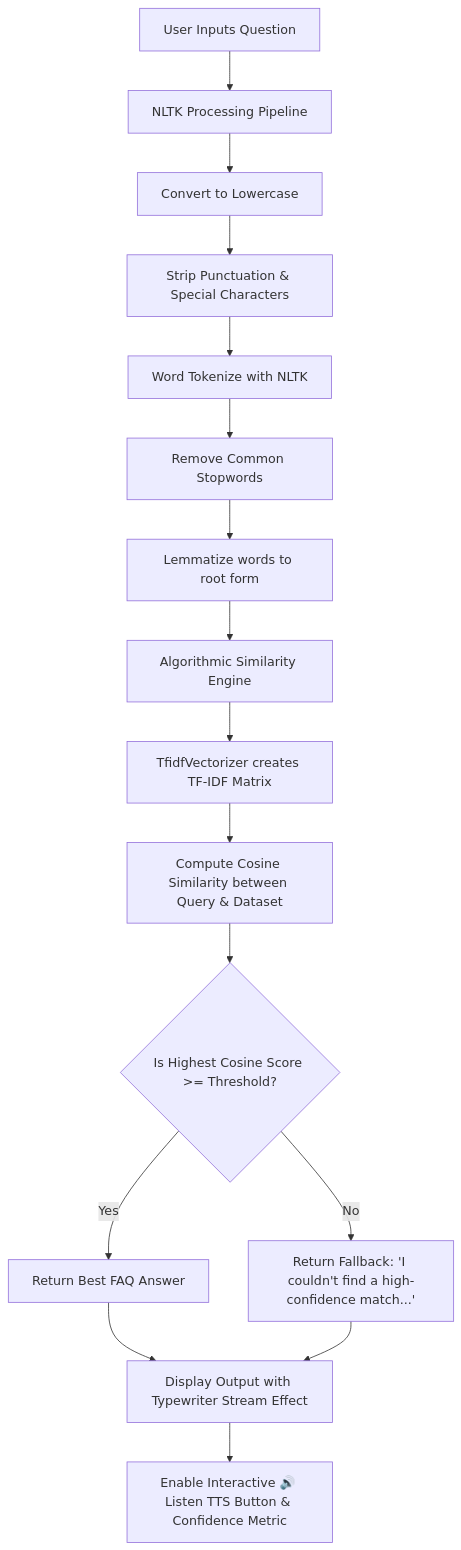
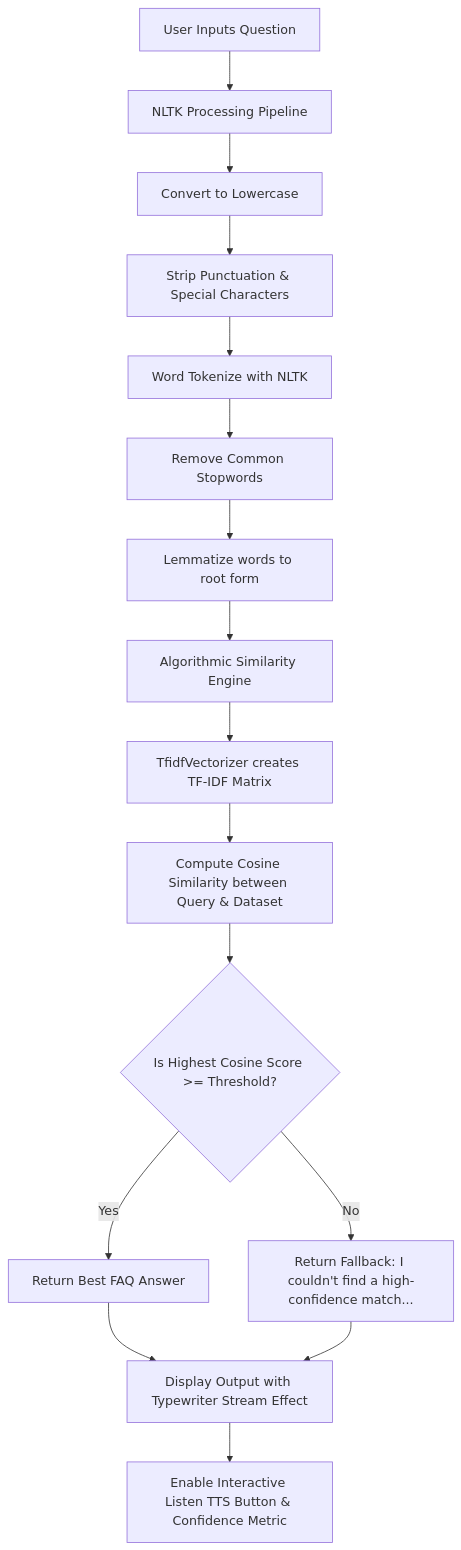
Before and after one commit to vaishnavigoriparti-spec/CodeAlpha_Chatbot-for-FAQs: the diagram in README.md, drawn with Mermaid.

Commit message:
Fix Mermaid diagram syntax in README.md

````diff
--- a/README.md
+++ b/README.md
@@ -53,22 +53,22 @@
 ```mermaid
 graph TD
-    A[User Inputs Question] --> B[NLTK Processing Pipeline]
-    B --> B1[Convert to Lowercase]
-    B1 --> B2[Strip Punctuation & Special Characters]
-    B2 --> B3[Word Tokenize with NLTK]
-    B3 --> B4[Remove Common Stopwords]
-    B4 --> B5[Lemmatize words to root form]
+    A["User Inputs Question"] --> B["NLTK Processing Pipeline"]
+    B --> B1["Convert to Lowercase"]
+    B1 --> B2["Strip Punctuation & Special Characters"]
+    B2 --> B3["Word Tokenize with NLTK"]
+    B3 --> B4["Remove Common Stopwords"]
+    B4 --> B5["Lemmatize words to root form"]
     
-    B5 --> C[Algorithmic Similarity Engine]
-    C --> C1[TfidfVectorizer creates TF-IDF Matrix]
-    C1 --> C2[Compute Cosine Similarity between Query & Dataset]
+    B5 --> C["Algorithmic Similarity Engine"]
+    C --> C1["TfidfVectorizer creates TF-IDF Matrix"]
+    C1 --> C2["Compute Cosine Similarity between Query & Dataset"]
     
-    C2 --> D{Is Highest Cosine Score >= Threshold?}
+    C2 --> D{"Is Highest Cosine Score >= Threshold?"}
     
-    D -- Yes --> E[Return Best FAQ Answer]
-    D -- No --> F[Return Fallback: 'I couldn't find a high-confidence match...']
+    D -- Yes --> E["Return Best FAQ Answer"]
+    D -- No --> F["Return Fallback: I couldn't find a high-confidence match..."]
     
-    E --> G[Display Output with Typewriter Stream Effect]
+    E --> G["Display Output with Typewriter Stream Effect"]
     F --> G
-    G --> H[Enable Interactive 🔊 Listen TTS Button & Confidence Metric]
+    G --> H["Enable Interactive Listen TTS Button & Confidence Metric"]
 ```
````
